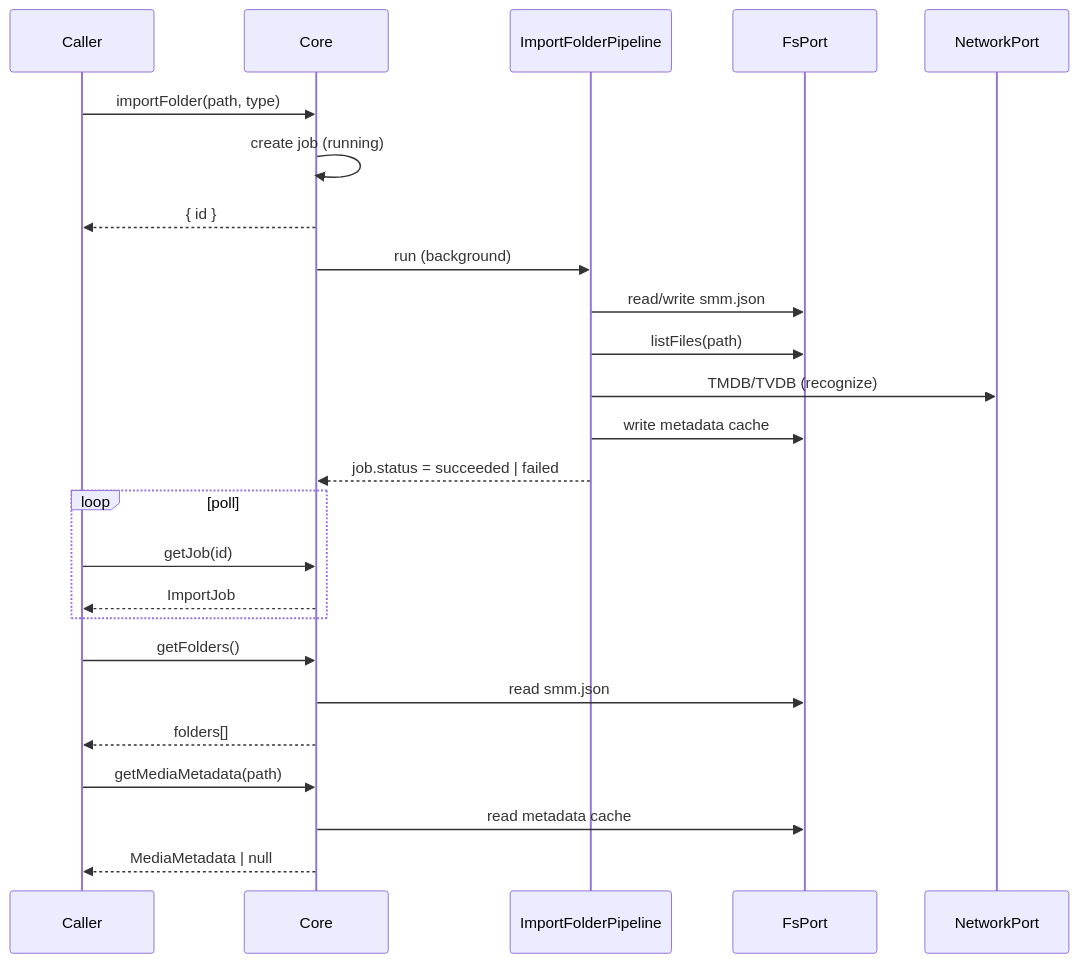
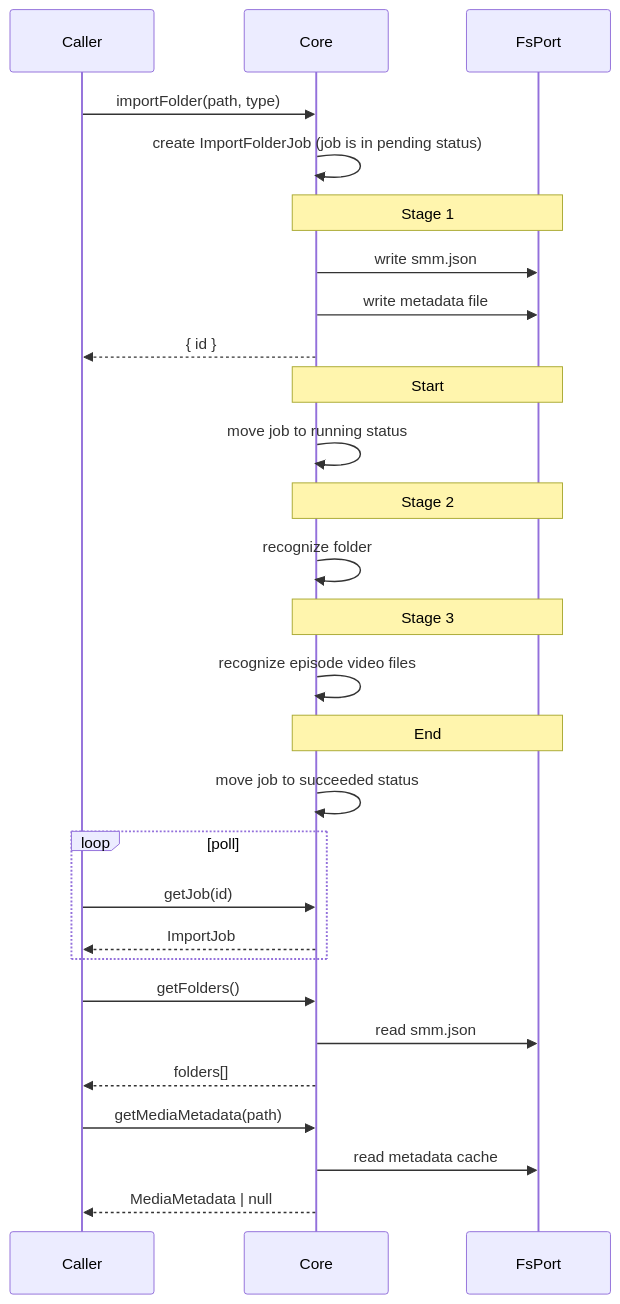
The first of 3 diagrams in docs/dev/import-folder.md (lawrenceching/SMM), drawn with Mermaid before and after one commit. The commit also changed other lines of this file and 18 other files, not shown here.

First line of the commit message:
refactor: share recognition methods between import and user-triggered flows

````diff
--- a/docs/dev/import-folder.md
+++ b/docs/dev/import-folder.md
@@ -30,31 +14,39 @@
 ```mermaid
 sequenceDiagram
   participant Caller
   participant Core
-  participant Pipeline as ImportFolderPipeline
   participant Fs as FsPort
-  participant Net as NetworkPort
 
   Caller->>Core: importFolder(path, type)
-  Core->>Core: create job (running)
+  Core->>Core: create ImportFolderJob (job is in pending status)
+
+  Note over Core,Fs: Stage 1
+  Core->>Fs: write smm.json
+  Core->>Fs: write metadata file
   Core-->>Caller: { id }
-  Core->>Pipeline: run (background)
-  Pipeline->>Fs: read/write smm.json
-  Pipeline->>Fs: listFiles(path)
-  Pipeline->>Net: TMDB/TVDB (recognize)
-  Pipeline->>Fs: write metadata cache
-  Pipeline-->>Core: job.status = succeeded | failed
+
+  Note over Core,Fs: Start
+  Core->>Core: move job to running status
+
+  Note over Core,Fs: Stage 2
+  Core->>Core: recognize folder
+
+  Note over Core,Fs: Stage 3
+  Core->>Core: recognize episode video files
+
+  Note over Core,Fs: End
+  Core->>Core: move job to succeeded status
 
   loop poll
     Caller->>Core: getJob(id)
     Core-->>Caller: ImportJob
   end
 
   Caller->>Core: getFolders()
   Core->>Fs: read smm.json
   Core-->>Caller: folders[]
 
   Caller->>Core: getMediaMetadata(path)
   Core->>Fs: read metadata cache
   Core-->>Caller: MediaMetadata | null
 ```
````
